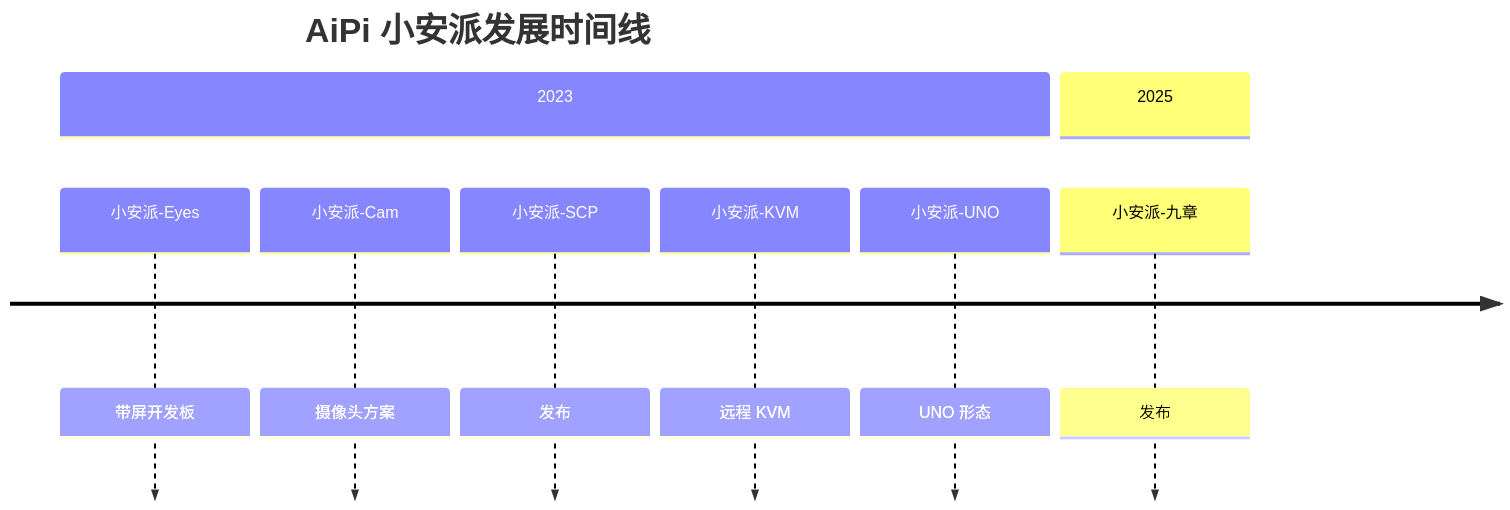
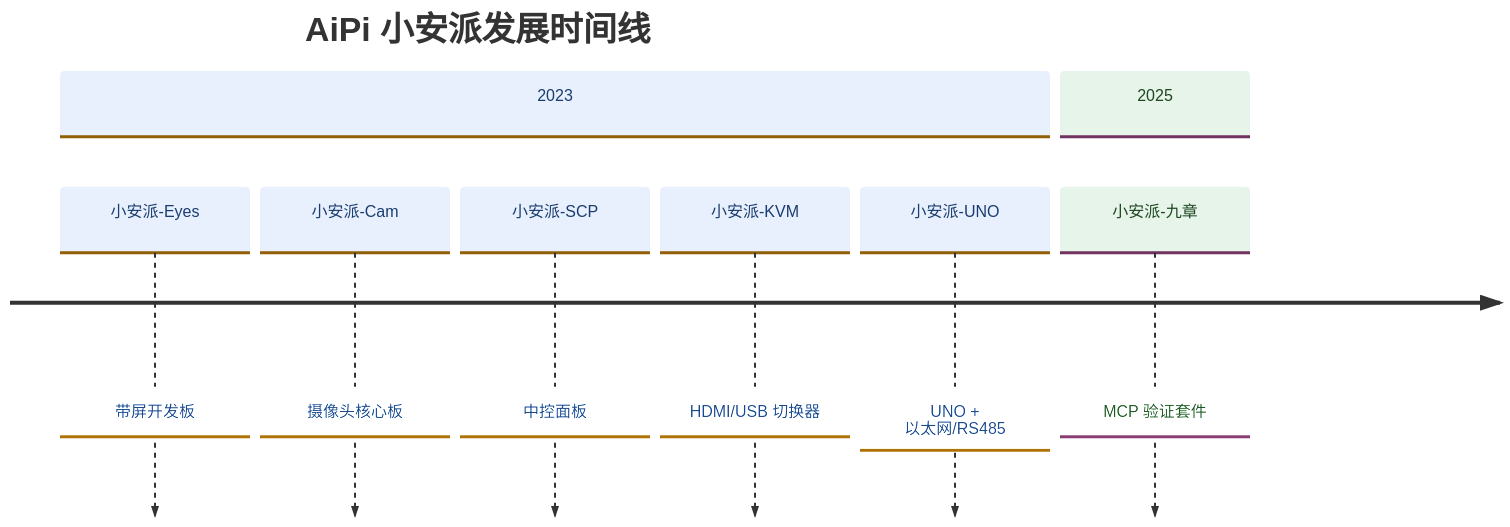
Before and after one commit to Ai-Thinker-AiPi/.github: the diagram in profile/README.md, drawn with Mermaid. The commit also changed other lines of this file, not shown here.

Commit message:
demo: lighter palette, real AiPi product data

````diff
--- a/profile/README.md
+++ b/profile/README.md
@@ -24,12 +24,13 @@
 ```mermaid
+%%{init: {'theme':'base','themeVariables':{'cScale0':'#e8f0fe','cScaleLabel0':'#1a3c6e','cScale1':'#e6f4ea','cScaleLabel1':'#1e4620','cScale2':'#fff4d6','cScaleLabel2':'#5c4400','cScale3':'#f3e8ff','cScaleLabel3':'#4a1d7a','cScale4':'#fde8ef','cScaleLabel4':'#7a1f3d'}}}%%
 timeline
     title AiPi 小安派发展时间线
     section 2023
         小安派-Eyes : 带屏开发板
-        小安派-Cam : 摄像头方案
-        小安派-SCP : 发布
-        小安派-KVM : 远程 KVM
-        小安派-UNO : UNO 形态
+        小安派-Cam : 摄像头核心板
+        小安派-SCP : 中控面板
+        小安派-KVM : HDMI/USB 切换器
+        小安派-UNO : UNO + 以太网/RS485
     section 2025
-        小安派-九章 : 发布
+        小安派-九章 : MCP 验证套件
 ```
````
